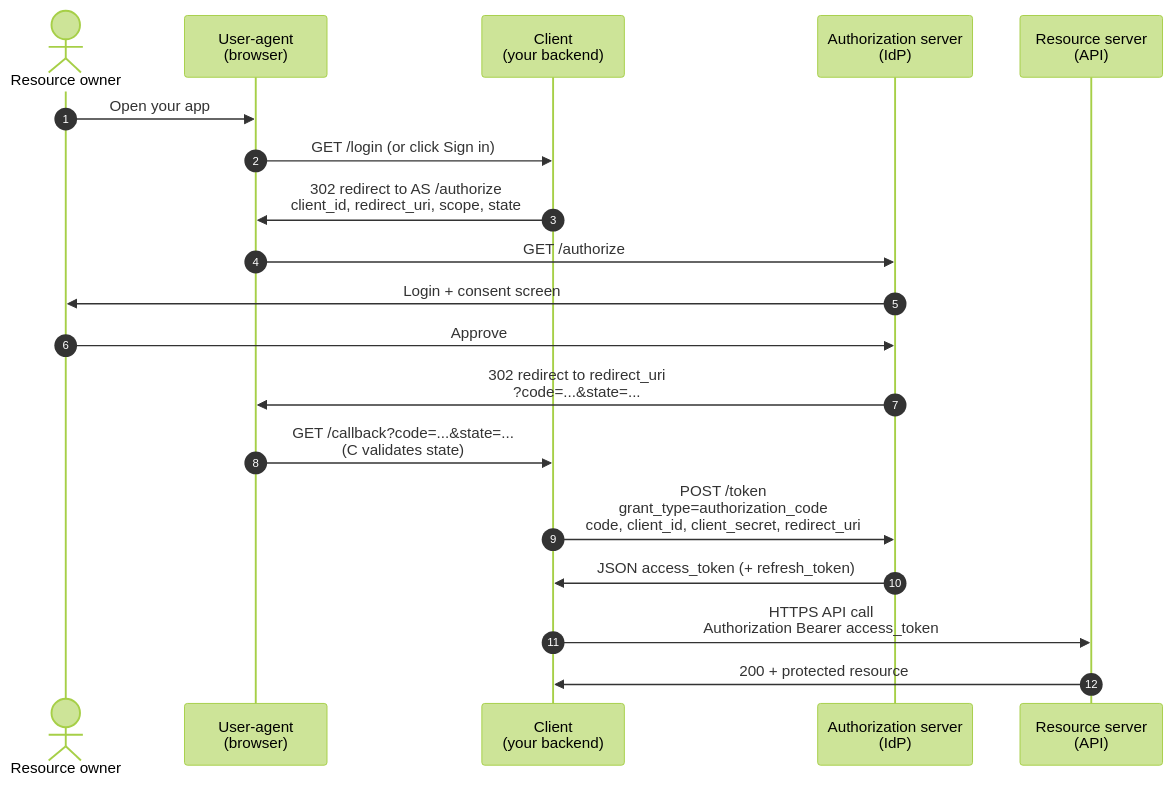
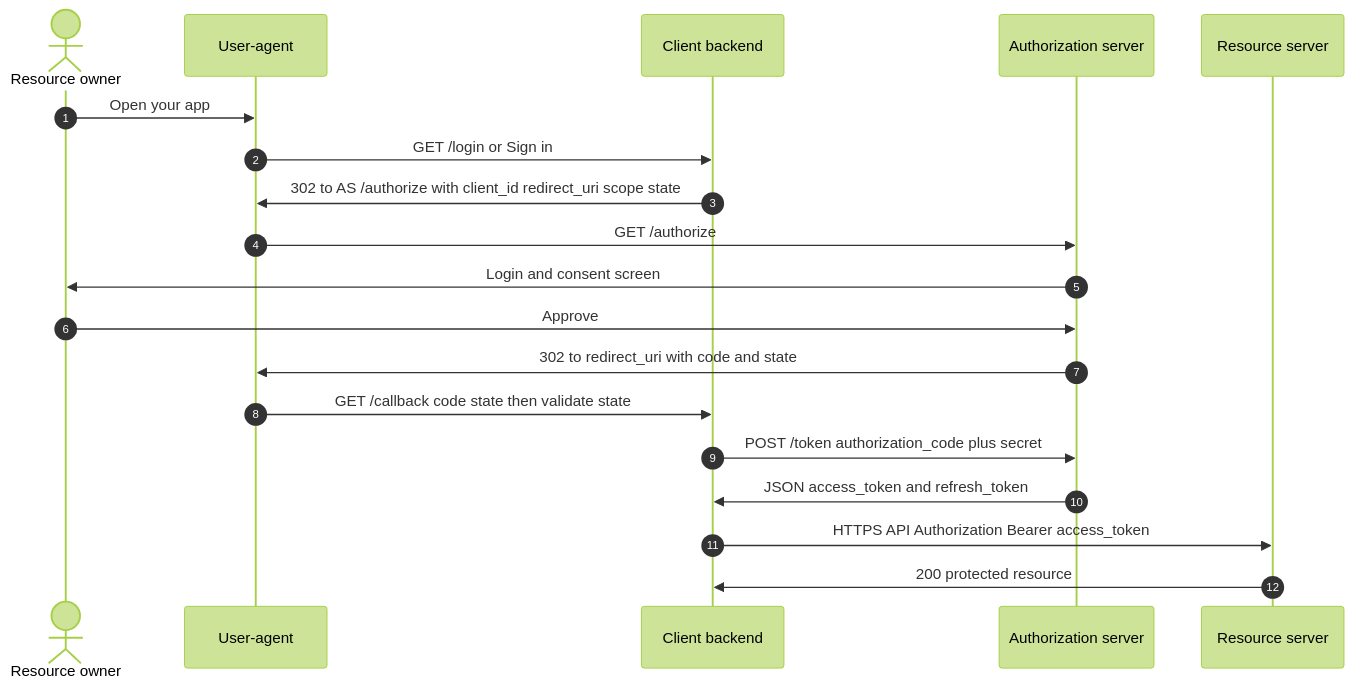
The first of 3 diagrams in 03-auth-and-security.md (JulienDemarque/senior-dev-cheatsheet), drawn with Mermaid (forest theme) before and after one commit. The commit also changed other lines of this file, not shown here.

Commit message:
fix: diagrams rendering

````diff
--- a/03-auth-and-security.md
+++ b/03-auth-and-security.md
@@ -51,22 +51,22 @@
 ```mermaid
 sequenceDiagram
     autonumber
     actor RO as Resource owner
-    participant UA as User-agent<br/>(browser)
-    participant C as Client<br/>(your backend)
-    participant AS as Authorization server<br/>(IdP)
-    participant RS as Resource server<br/>(API)
+    participant UA as User-agent
+    participant C as Client backend
+    participant AS as Authorization server
+    participant RS as Resource server
 
     RO->>UA: Open your app
-    UA->>C: GET /login (or click Sign in)
-    C->>UA: 302 redirect to AS /authorize<br/>client_id, redirect_uri, scope, state
+    UA->>C: GET /login or Sign in
+    C->>UA: 302 to AS /authorize with client_id redirect_uri scope state
     UA->>AS: GET /authorize
-    AS->>RO: Login + consent screen
+    AS->>RO: Login and consent screen
     RO->>AS: Approve
-    AS->>UA: 302 redirect to redirect_uri<br/>?code=...&state=...
-    UA->>C: GET /callback?code=...&state=...<br/>(C validates state)
-    C->>AS: POST /token<br/>grant_type=authorization_code<br/>code, client_id, client_secret, redirect_uri
-    AS->>C: JSON access_token (+ refresh_token)
-    C->>RS: HTTPS API call<br/>Authorization Bearer access_token
-    RS->>C: 200 + protected resource
+    AS->>UA: 302 to redirect_uri with code and state
+    UA->>C: GET /callback code state then validate state
+    C->>AS: POST /token authorization_code plus secret
+    AS->>C: JSON access_token and refresh_token
+    C->>RS: HTTPS API Authorization Bearer access_token
+    RS->>C: 200 protected resource
 ```
````
